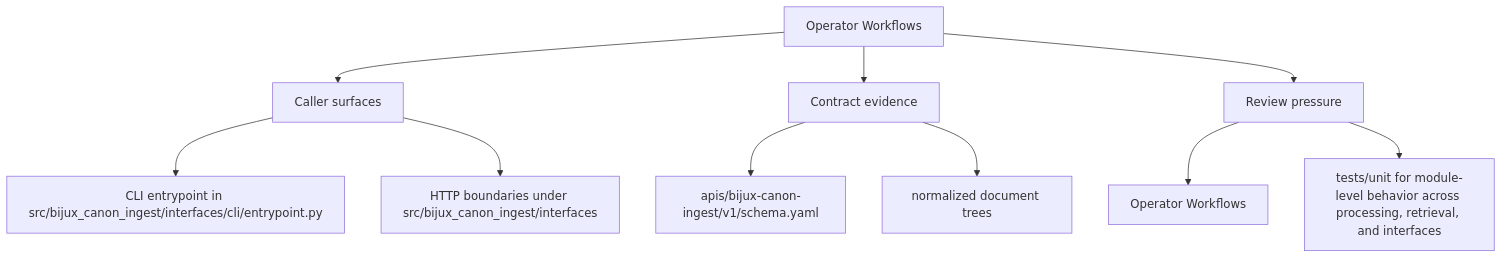
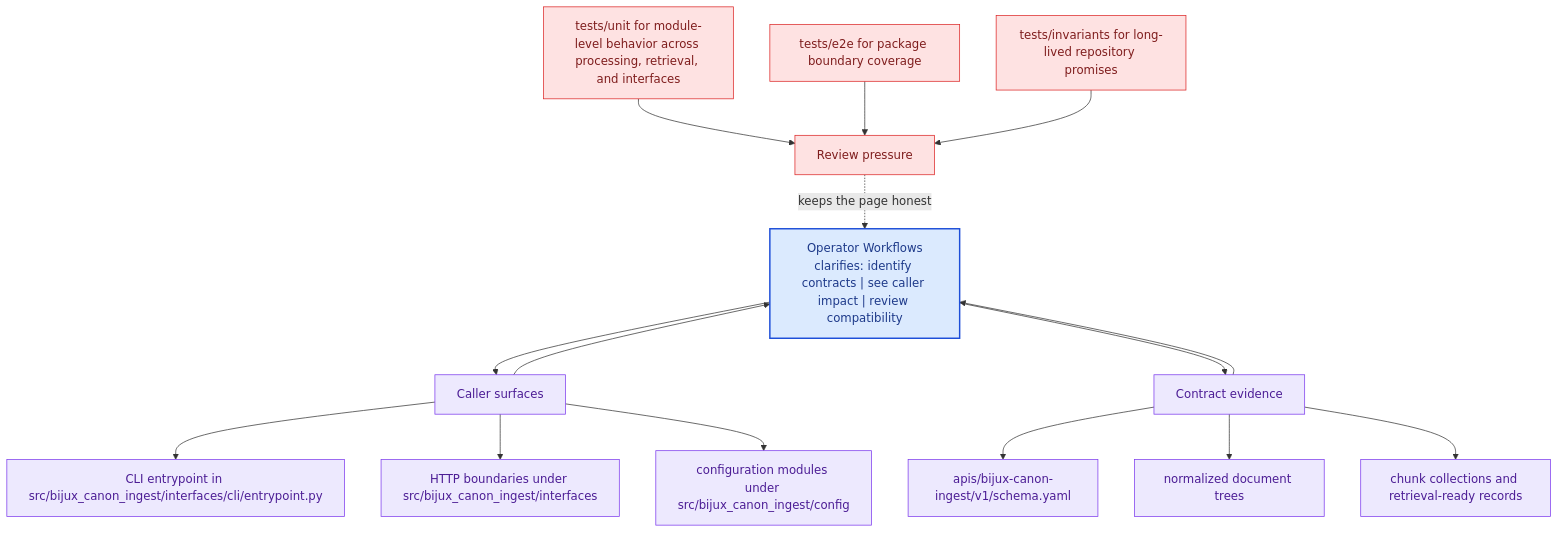
One commit to bijux/bijux-canon changed the second of 2 diagrams in docs/bijux-canon-ingest/interfaces/operator-workflows.md. Above: the diagram before and after it, drawn with Mermaid. The commit also changed other lines of this file and 281 other files, not shown here.

Commit message:
docs(diagrams): deepen handbook mermaid maps across the catalog

````diff
--- a/docs/bijux-canon-ingest/interfaces/operator-workflows.md
+++ b/docs/bijux-canon-ingest/interfaces/operator-workflows.md
@@ -34,22 +67,41 @@
 ```mermaid
-flowchart TD
-    page["Operator Workflows"]
+flowchart TB
+    promise["Operator Workflows<br/>clarifies: identify contracts | see caller impact | review compatibility"]
+    classDef promise fill:#dbeafe,stroke:#1d4ed8,color:#1e3a8a,stroke-width:2px;
+    classDef driver fill:#dcfce7,stroke:#16a34a,color:#14532d;
+    classDef constraint fill:#fee2e2,stroke:#dc2626,color:#7f1d1d;
+    classDef ground fill:#ede9fe,stroke:#7c3aed,color:#4c1d95;
     focus1["Caller surfaces"]
-    page --> focus1
+    focus1 --> promise
+    promise --> focus1
     focus1_1["CLI entrypoint in src/bijux_canon_ingest/interfaces/cli/entrypoint.py"]
     focus1 --> focus1_1
     focus1_2["HTTP boundaries under src/bijux_canon_ingest/interfaces"]
     focus1 --> focus1_2
+    focus1_3["configuration modules under src/bijux_canon_ingest/config"]
+    focus1 --> focus1_3
+    class focus1 ground;
+    class focus1_1,focus1_2,focus1_3 ground;
     focus2["Contract evidence"]
-    page --> focus2
+    focus2 --> promise
+    promise --> focus2
     focus2_1["apis/bijux-canon-ingest/v1/schema.yaml"]
     focus2 --> focus2_1
     focus2_2["normalized document trees"]
     focus2 --> focus2_2
+    focus2_3["chunk collections and retrieval-ready records"]
+    focus2 --> focus2_3
+    class focus2 ground;
+    class focus2_1,focus2_2,focus2_3 ground;
     focus3["Review pressure"]
-    page --> focus3
-    focus3_1["Operator Workflows"]
-    focus3 --> focus3_1
-    focus3_2["tests/unit for module-level behavior across processing, retrieval, and interfaces"]
-    focus3 --> focus3_2
+    focus3 -.keeps the page honest.-> promise
+    focus3_1["tests/unit for module-level behavior across processing, retrieval, and interfaces"]
+    focus3_1 --> focus3
+    focus3_2["tests/e2e for package boundary coverage"]
+    focus3_2 --> focus3
+    focus3_3["tests/invariants for long-lived repository promises"]
+    focus3_3 --> focus3
+    class focus3 constraint;
+    class focus3_1,focus3_2,focus3_3 constraint;
+    class promise promise;
 ```
````
